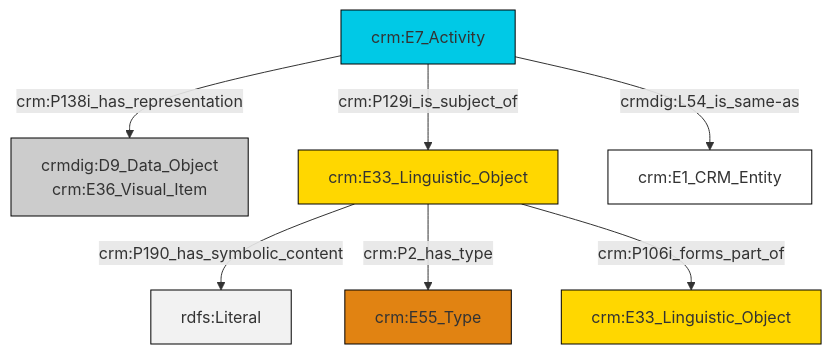
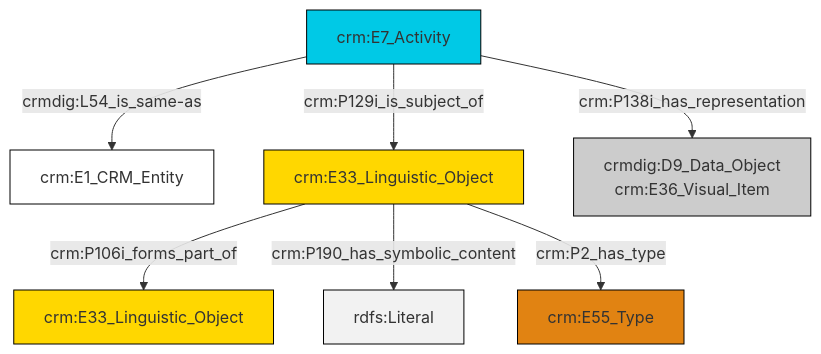
The diagram in et/eventCSV/ttl/mmd/event_documentation.ttl.mmd (swiss-art-research-net/reference-data-models), drawn with Mermaid before and after one commit. The commit also changed 126 other files, not shown here.

```diff
--- a/et/eventCSV/ttl/mmd/event_documentation.ttl.mmd
+++ b/et/eventCSV/ttl/mmd/event_documentation.ttl.mmd
@@ -1,21 +1,21 @@
 graph TD
 classDef Literal fill:#f2f2f2,stroke:#000000;
 classDef CRM_Entity fill:#FFFFFF,stroke:#000000;
 classDef Temporal_Entity fill:#00C9E6, stroke:#000000;
 classDef Type fill:#E18312, stroke:#000000;
 classDef Time-Span fill:#2C9C91, stroke:#000000;
 classDef Appellation fill:#FFEB7F, stroke:#000000;
 classDef Place fill:#008836, stroke:#000000;
 classDef Persistent_Item fill:#B266B2, stroke:#000000;
 classDef Conceptual_Object fill:#FFD700, stroke:#000000;
 classDef Physical_Thing fill:#D2B48C, stroke:#000000;
 classDef Actor fill:#f58aad, stroke:#000000;
 classDef PC_Classes fill:#4ce600, stroke:#000000;
 classDef Multi fill:#cccccc,stroke:#000000;
 
-0["crm:E7_Activity"]:::Temporal_Entity -->|crm:P138i_has_representation| 1["crmdig:D9_Data_Object<br>crm:E36_Visual_Item"]:::Multi
+0["crm:E7_Activity"]:::Temporal_Entity -->|crmdig:L54_is_same-as| 1["crm:E1_CRM_Entity"]:::CRM_Entity
+2["crm:E33_Linguistic_Object"]:::Conceptual_Object -->|crm:P106i_forms_part_of| 3["crm:E33_Linguistic_Object"]:::Conceptual_Object
 0["crm:E7_Activity"]:::Temporal_Entity -->|crm:P129i_is_subject_of| 2["crm:E33_Linguistic_Object"]:::Conceptual_Object
-2["crm:E33_Linguistic_Object"]:::Conceptual_Object -->|crm:P190_has_symbolic_content| 9[rdfs:Literal]:::Literal
-2["crm:E33_Linguistic_Object"]:::Conceptual_Object -->|crm:P2_has_type| 6["crm:E55_Type"]:::Type
-0["crm:E7_Activity"]:::Temporal_Entity -->|crmdig:L54_is_same-as| 13["crm:E1_CRM_Entity"]:::CRM_Entity
-2["crm:E33_Linguistic_Object"]:::Conceptual_Object -->|crm:P106i_forms_part_of| 4["crm:E33_Linguistic_Object"]:::Conceptual_Object
+2["crm:E33_Linguistic_Object"]:::Conceptual_Object -->|crm:P190_has_symbolic_content| 7[rdfs:Literal]:::Literal
+0["crm:E7_Activity"]:::Temporal_Entity -->|crm:P138i_has_representation| 4["crmdig:D9_Data_Object<br>crm:E36_Visual_Item"]:::Multi
+2["crm:E33_Linguistic_Object"]:::Conceptual_Object -->|crm:P2_has_type| 9["crm:E55_Type"]:::Type
```
